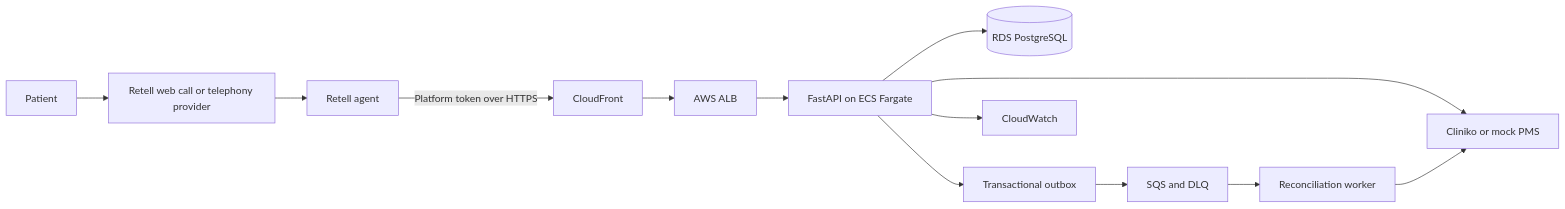
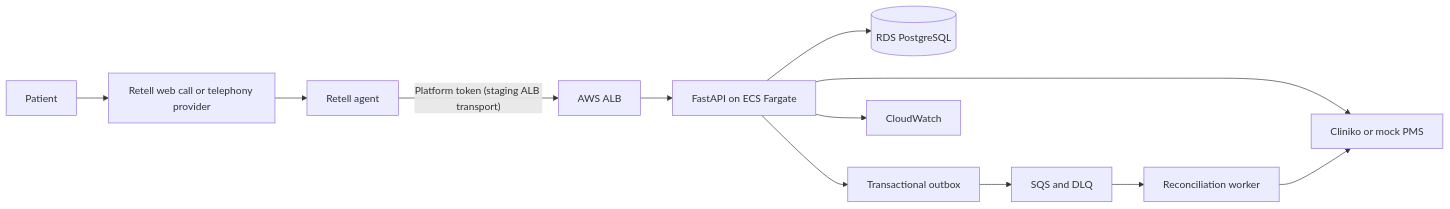
The diagram in docs/architecture.md (khushalkumar/2care-clinic-voice-agent), drawn with Mermaid before and after one commit. The commit also changed 4 other files, not shown here.

Commit message:
Use staging ALB for Retell tools

````diff
--- a/docs/architecture.md
+++ b/docs/architecture.md
@@ -11,15 +11,14 @@
 ```mermaid
 flowchart LR
     Caller["Patient"] --> Telephony["Retell web call or telephony provider"]
     Telephony --> Voice["Retell agent"]
-    Voice -->|"Platform token over HTTPS"| Edge["CloudFront"]
-    Edge --> ALB["AWS ALB"]
+    Voice -->|"Platform token (staging ALB transport)"| ALB["AWS ALB"]
     ALB --> API["FastAPI on ECS Fargate"]
     API --> DB[("RDS PostgreSQL")]
     API --> PMS["Cliniko or mock PMS"]
     API --> Outbox["Transactional outbox"]
     Outbox --> Queue["SQS and DLQ"]
     Queue --> Worker["Reconciliation worker"]
     Worker --> PMS
     API --> Logs["CloudWatch"]
 ```
````
